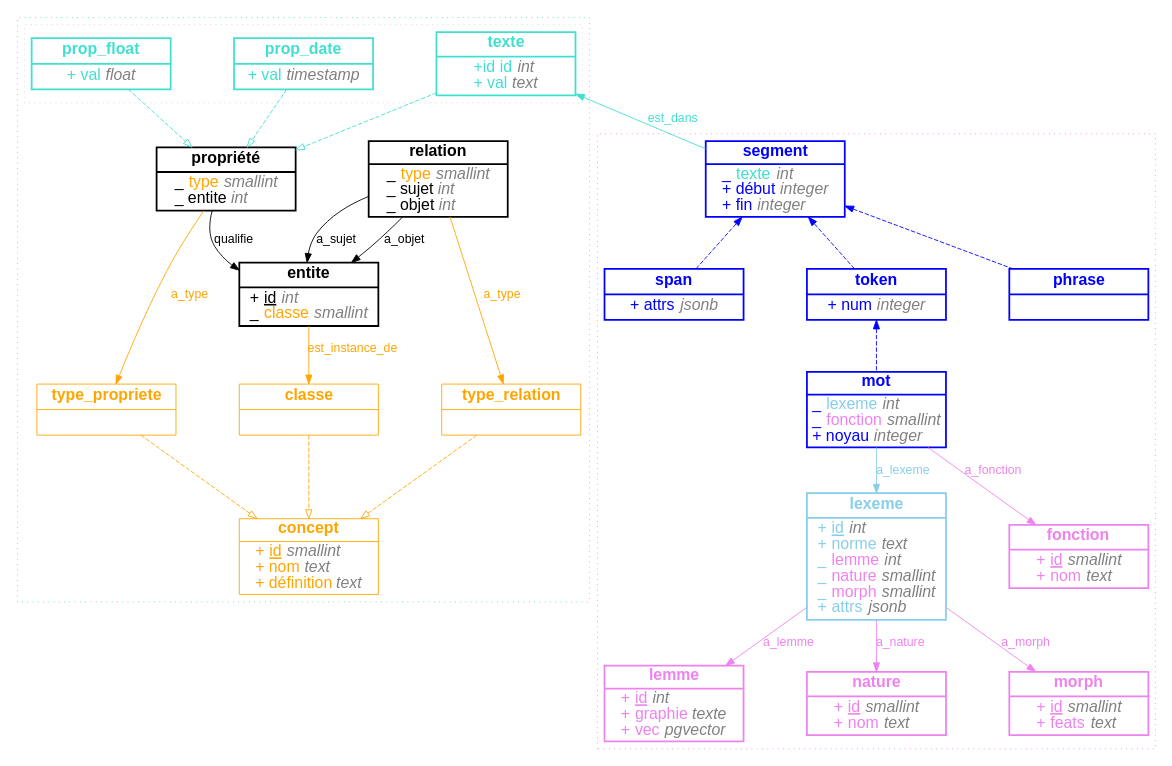
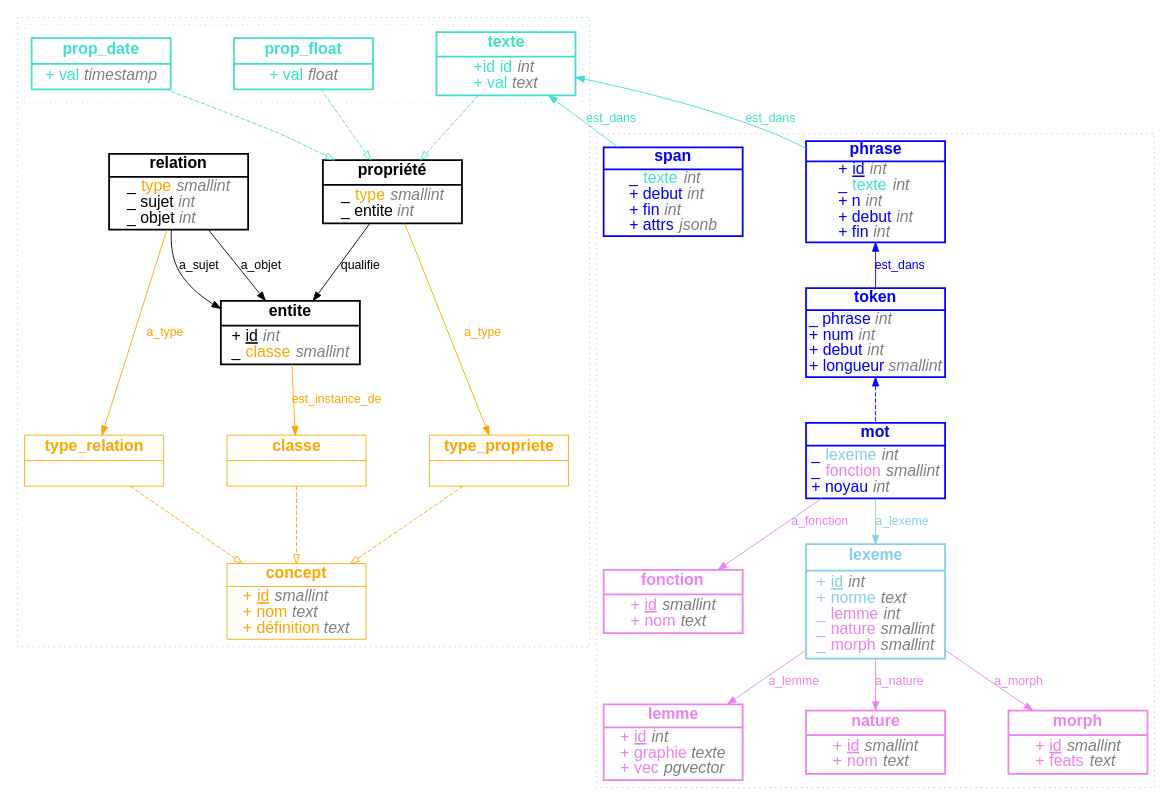
One commit to thjbdvlt/litteralement changed the diagram in img/diagram_records.dot. Above: the diagram before and after it, drawn with Graphviz. The commit also changed 1 other file, not shown here.

Commit message:
phrase dans diagram

```diff
--- a/img/diagram_records.dot
+++ b/img/diagram_records.dot
@@ -196,34 +196,39 @@
         style=dotted
         color=violet
 
-        segment [
-            pos="140,385"
-            shape=record
-            label= <{
-<b>segment</b> |
-_ <font color="turquoise">texte</font> <i><font color="grey">int</font></i><br align="left"/>
-+ début <i><font color="grey">integer</font></i><br align="left"/>
-+ fin <i><font color="grey">integer</font></i><br align="left"/>
-}>
-            fixedsize=true
-            width=2.2
-            height=1.2
-            fontname=arial
-            fontsize=18
-            fontcolor="blue"
-            color="blue"
-            style=bold
-        ]
+//         segment [
+//             pos="140,385"
+//             shape=record
+//             label= <{
+// <b>segment</b> |
+// _ <font color="turquoise">texte</font> <i><font color="grey">int</font></i><br align="left"/>
+// + debut <i><font color="grey">int</font></i><br align="left"/>
+// + fin <i><font color="grey">int</font></i><br align="left"/>
+// }>
+//             fixedsize=true
+//             width=2.2
+//             height=1.2
+//             fontname=arial
+//             fontsize=18
+//             fontcolor="blue"
+//             color="blue"
+//             style=bold
+//         ]
 
         phrase [
             pos="140,385"
             shape=record
             label= <{
 <b>phrase</b> |
++ <font><u>id</u></font> <i><font color="grey">int</font></i><br align="left"/>
+_ <font color="turquoise">texte</font> <i><font color="grey">int</font></i><br align="left"/>
++ n <i><font color="grey">int</font></i><br align="left"/>
++ debut <i><font color="grey">int</font></i><br align="left"/>
++ fin <i><font color="grey">int</font></i><br align="left"/>
 }>
             fixedsize=true
             width=2.2
-            height=0.8
+            height=1.6
             fontname=arial
             fontsize=18
             fontcolor="blue"
@@ -236,11 +241,14 @@
             shape=record
             label= <{
 <b>span</b> |
+_ <font color="turquoise">texte</font> <i><font color="grey">int</font></i><br align="left"/>
++ debut <i><font color="grey">int</font></i><br align="left"/>
++ fin <i><font color="grey">int</font></i><br align="left"/>
 + attrs <i><font color="grey">jsonb</font></i><br align="left"/>
 }>
             fixedsize=true
             width=2.2
-            height=0.8
+            height=1.4
             fontname=arial
             fontsize=18
             fontcolor="blue"
@@ -253,12 +261,15 @@
             shape=record
             label= <{
 <b>token</b> |
-+ num <i><font color="grey">integer</font></i><br align="left"/>
+_ phrase <i><font color="grey">int</font></i><br align="left"/>
++ num <i><font color="grey">int</font></i><br align="left"/>
++ debut <i><font color="grey">int</font></i><br align="left"/>
++ longueur <i><font color="grey">smallint</font></i><br align="left"/>
 }>
             style=bold
             fixedsize=true
             width=2.2
-            height=0.8
+            height=1.4
             fontname=arial
             fontsize=18
             fontcolor="blue"
@@ -272,7 +283,7 @@
 <b>mot</b> |
 _ <font color="skyblue">lexeme</font> <i><font color="grey">int</font></i><br align="left"/>
 _ <font color="violet">fonction</font> <i><font color="grey">smallint</font></i><br align="left"/>
-+ noyau <i><font color="grey">integer</font></i><br align="left"/>
++ noyau <i><font color="grey">int</font></i><br align="left"/>
 }>
             style=bold
             fixedsize=true
@@ -313,12 +324,11 @@
 _ <font color="violet">lemme</font> <i><font color="grey">int</font></i><br align="left"/>
 _ <font color="violet">nature</font> <i><font color="grey">smallint</font></i><br align="left"/>
 _ <font color="violet">morph</font> <i><font color="grey">smallint</font></i><br align="left"/>
-+ <font color="skyblue">attrs</font> <i><font color="grey">jsonb</font></i><br align="left"/>
 }>
             style=bold
             fixedsize=true
             width=2.2
-            height=2
+            height=1.8
             fontname=arial
             fontsize=18
             fontcolor="skyblue"
@@ -379,13 +389,15 @@
             color="violet"
         ]
 
-        texte -> segment [label=est_dans color="turquoise" fontcolor="turquoise" dir=back fontname=arial]
+        // texte -> segment [label=est_dans color="turquoise" fontcolor="turquoise" dir=back fontname=arial]
+        texte -> phrase [label=est_dans color="turquoise" fontcolor="turquoise" dir=back fontname=arial]
+        texte -> span [label=est_dans color="turquoise" fontcolor="turquoise" dir=back fontname=arial]
+        phrase -> token [label=est_dans color="blue" fontcolor="blue" dir=back fontname=arial]
 
-        segment -> phrase [style=dashed arrowhead=empty color="blue" dir=back]
-        segment -> span [style=dashed arrowhead=empty color="blue" dir=back]
-        segment -> token [style=dashed arrowhead=empty color="blue" dir=back]
+        // segment -> phrase [style=dashed arrowhead=empty color="blue" dir=back]
+        // segment -> span [style=dashed arrowhead=empty color="blue" dir=back]
+        // segment -> token [style=dashed arrowhead=empty color="blue" dir=back]
         token -> mot [style=dashed arrowhead=empty color="blue" dir=back]
-
 
         mot -> lexeme [label=a_lexeme color="skyblue" fontcolor="skyblue" fontname=arial]
         mot -> fonction [label=a_fonction color=violet fontcolor=violet fontname=arial]
```
